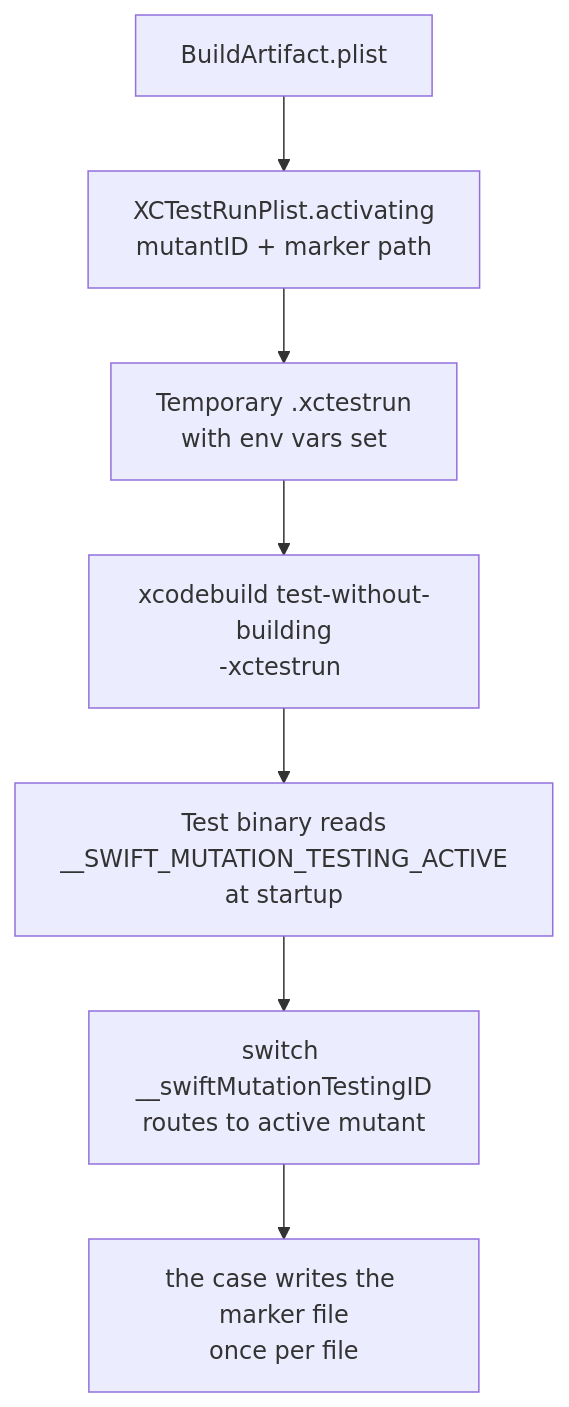
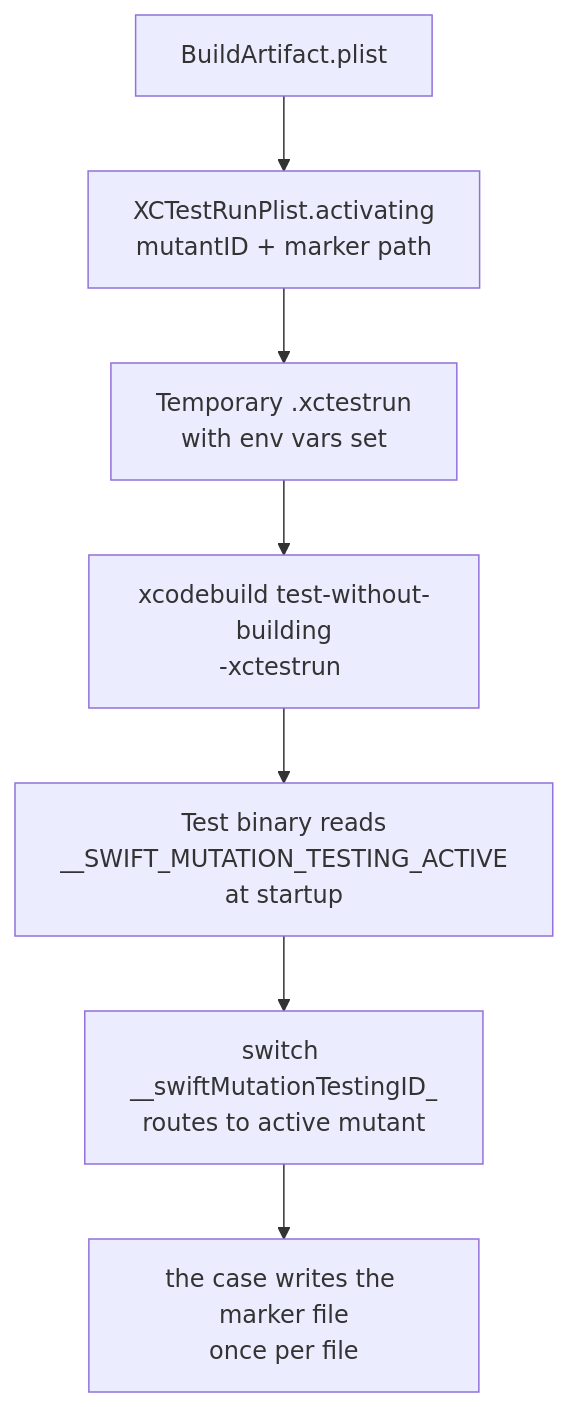
One commit to C24-Bank/swift-mutation-testing changed the second of 2 diagrams in Docs/Architecture/05-schematization.md. Above: the diagram before and after it, drawn with Mermaid. The commit also changed other lines of this file and 9 other files, not shown here.

````diff
--- a/Docs/Architecture/05-schematization.md
+++ b/Docs/Architecture/05-schematization.md
@@ -99,9 +106,9 @@
 ```mermaid
 flowchart TD
     PLIST[BuildArtifact.plist] --> ACT[XCTestRunPlist.activating\nmutantID + marker path]
     ACT --> XCTESTRUN[Temporary .xctestrun\nwith env vars set]
     XCTESTRUN --> XCB[xcodebuild test-without-building\n-xctestrun <path>]
     XCB --> BINARY[Test binary reads\n__SWIFT_MUTATION_TESTING_ACTIVE\nat startup]
-    BINARY --> SWITCH[switch __swiftMutationTestingID\nroutes to active mutant]
+    BINARY --> SWITCH[switch __swiftMutationTestingID_<hash>\nroutes to active mutant]
     SWITCH --> MARK[the case writes the marker file\nonce per file]
 ```
````
